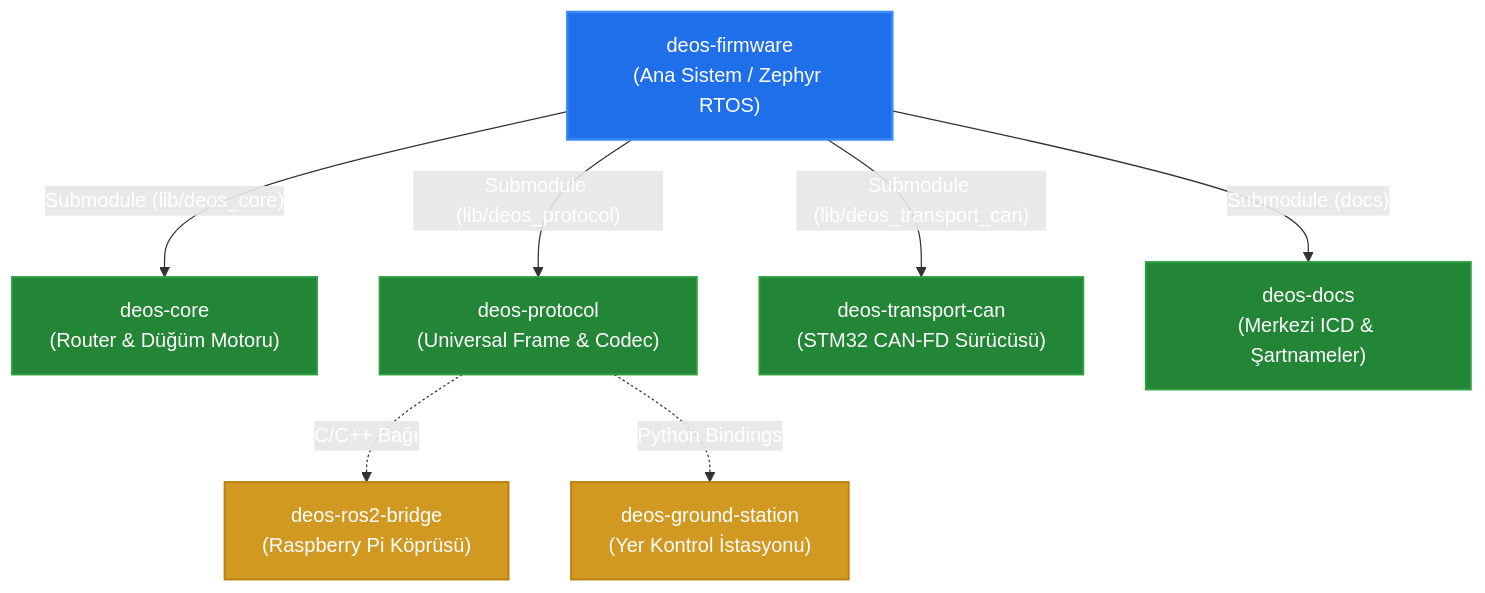
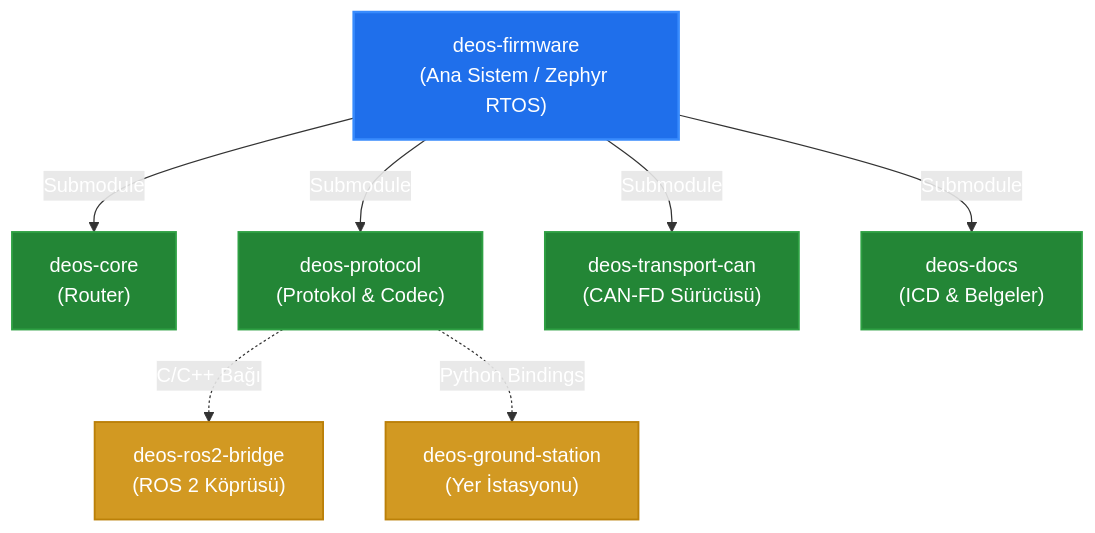
The first of 2 diagrams in README.md (DEUDEOS-Team/deos-firmware), drawn with Mermaid before and after one commit. The commit also changed other lines of this file, not shown here.

Commit message:
docs: add ros2 bridge between rpi and stm32, update individual assignments and fix layout clipping

````diff
--- a/README.md
+++ b/README.md
@@ -15,16 +13,16 @@
 ```mermaid
 graph TD
     classDef root fill:#1f6feb,stroke:#388bfd,stroke-width:2px,color:#ffffff;
     classDef sub fill:#238636,stroke:#2ea043,stroke-width:1.5px,color:#ffffff;
     classDef ext fill:#d29922,stroke:#bb8009,stroke-width:1.5px,color:#ffffff;
 
     FW["deos-firmware<br/>(Ana Sistem / Zephyr RTOS)"]:::root
 
-    FW -->|"Submodule (lib/deos_core)"| CORE["deos-core<br/>(Router & Düğüm Motoru)"]:::sub
-    FW -->|"Submodule (lib/deos_protocol)"| PROTO["deos-protocol<br/>(Universal Frame & Codec)"]:::sub
-    FW -->|"Submodule (lib/deos_transport_can)"| CAN["deos-transport-can<br/>(STM32 CAN-FD Sürücüsü)"]:::sub
-    FW -->|"Submodule (docs)"| DOCS["deos-docs<br/>(Merkezi ICD & Şartnameler)"]:::sub
+    FW -->|"Submodule"| CORE["deos-core<br/>(Router)"]:::sub
+    FW -->|"Submodule"| PROTO["deos-protocol<br/>(Protokol & Codec)"]:::sub
+    FW -->|"Submodule"| CAN["deos-transport-can<br/>(CAN-FD Sürücüsü)"]:::sub
+    FW -->|"Submodule"| DOCS["deos-docs<br/>(ICD & Belgeler)"]:::sub
 
-    PROTO -.->|"C/C++ Bağı"| ROS["deos-ros2-bridge<br/>(Raspberry Pi Köprüsü)"]:::ext
-    PROTO -.->|"Python Bindings"| GCS["deos-ground-station<br/>(Yer Kontrol İstasyonu)"]:::ext
+    PROTO -.->|"C/C++ Bağı"| ROS["deos-ros2-bridge<br/>(ROS 2 Köprüsü)"]:::ext
+    PROTO -.->|"Python Bindings"| GCS["deos-ground-station<br/>(Yer İstasyonu)"]:::ext
 ```
````
